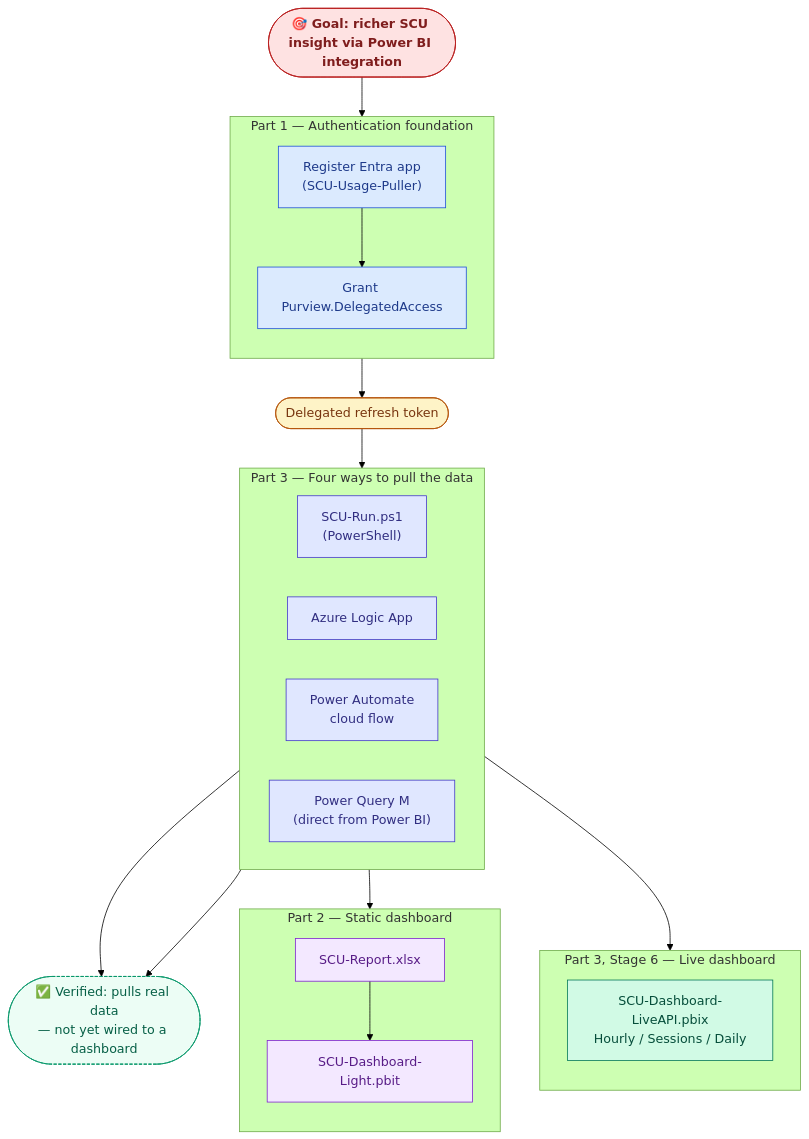
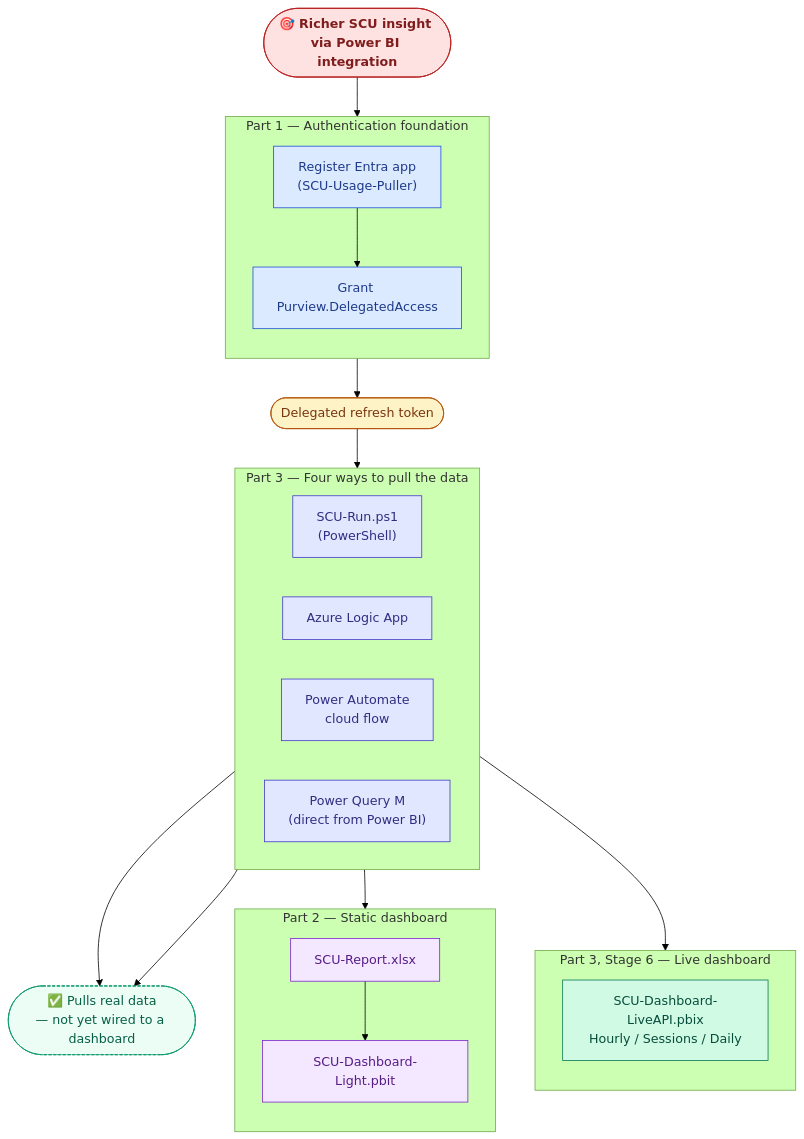
The diagram in README.md (Muatazawad2/SCU-Module-Manual-Deployment), drawn with Mermaid (forest theme) before and after one commit.

Commit message:
Simplify diagram node labels: drop 'Goal:'/'Verified:' prefixes

````diff
--- a/README.md
+++ b/README.md
@@ -33,56 +33,56 @@
 ```mermaid
 flowchart TD
-    Problem(["🎯 Goal: richer SCU insight via Power BI integration"])
+    Problem(["🎯 Richer SCU insight via Power BI integration"])
 
     Problem --> Auth
 
     subgraph Auth["Part 1 — Authentication foundation"]
         direction TB
         A1["Register Entra app\n(SCU-Usage-Puller)"] --> A2["Grant Purview.DelegatedAccess"]
     end
 
     Auth --> Token(["Delegated refresh token"])
 
     Token --> Pull
 
     subgraph Pull["Part 3 — Four ways to pull the data"]
         direction LR
         P1["SCU-Run.ps1\n(PowerShell)"]
         P2["Azure Logic App"]
         P3["Power Automate\ncloud flow"]
         P4["Power Query M\n(direct from Power BI)"]
     end
 
     P1 --> Static
     P2 --> Verified
     P3 --> Verified
     P4 --> Live
 
-    Verified(["✅ Verified: pulls real data\n— not yet wired to a dashboard"])
+    Verified(["✅ Pulls real data\n— not yet wired to a dashboard"])
 
     subgraph Static["Part 2 — Static dashboard"]
         direction TB
         S1["SCU-Report.xlsx"] --> S2["SCU-Dashboard-Light.pbit"]
     end
 
     subgraph Live["Part 3, Stage 6 — Live dashboard"]
         direction TB
         L1["SCU-Dashboard-LiveAPI.pbix\nHourly / Sessions / Daily"]
     end
 
     classDef problem fill:#FEE2E2,stroke:#B91C1C,color:#7F1D1D,font-weight:bold
     classDef part1 fill:#DBEAFE,stroke:#1D4ED8,color:#1E3A8A
     classDef token fill:#FEF3C7,stroke:#B45309,color:#78350F
     classDef pull fill:#E0E7FF,stroke:#4338CA,color:#312E81
     classDef static fill:#F3E8FF,stroke:#7E22CE,color:#581C87
     classDef live fill:#D1FAE5,stroke:#047857,color:#064E3B
     classDef verified fill:#ECFDF5,stroke:#059669,color:#065F46,stroke-dasharray: 4 2
 
     class Problem problem
     class A1,A2 part1
     class Token token
     class P1,P2,P3,P4 pull
     class Verified verified
     class S1,S2 static
     class L1 live
 ```
````
